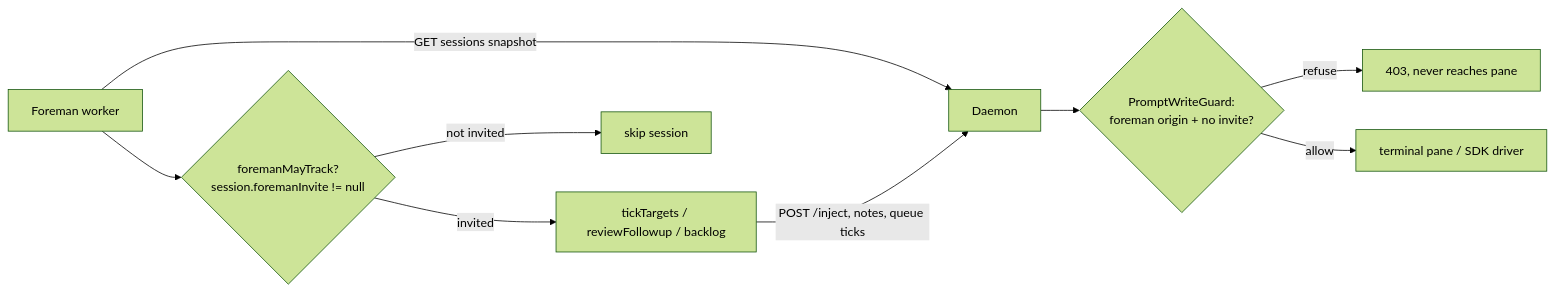
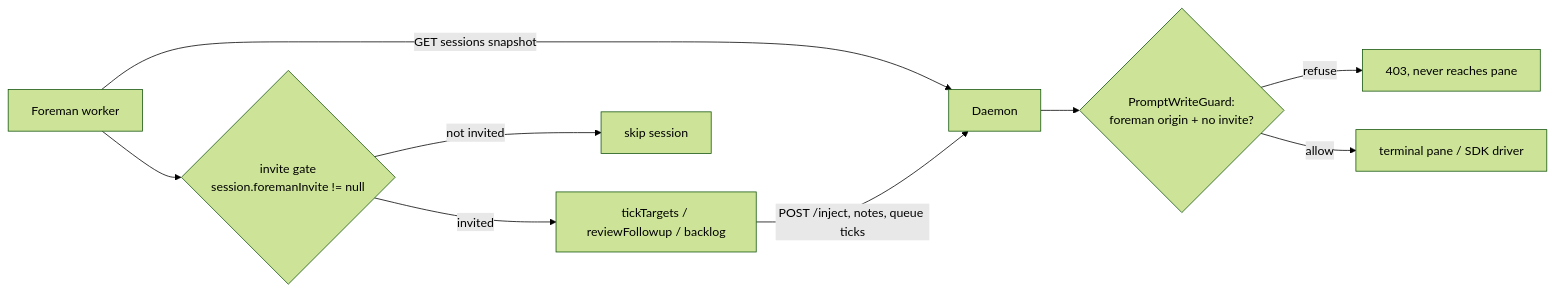
Before and after one commit to teamupstart/mission-control: the first of 2 diagrams in docs/plans/foreman-invite/plan.md, drawn with Mermaid (forest theme). The commit also changed other lines of this file and 1 other file, not shown here.

First line of the commit message:
docs: sync plan.html rail citation with plan.md and retire foremanMayTrack naming

````diff
--- a/docs/plans/foreman-invite/plan.md
+++ b/docs/plans/foreman-invite/plan.md
@@ -59,11 +59,11 @@
 ```mermaid
 flowchart LR
   W[Foreman worker] -->|GET sessions snapshot| D[Daemon]
-  W --> G{foremanMayTrack?\nsession.foremanInvite != null}
+  W --> G{invite gate\nsession.foremanInvite != null}
   G -->|invited| A[tickTargets / reviewFollowup / backlog]
   G -->|not invited| S[skip session]
   A -->|POST /inject, notes, queue ticks| D
   D --> P{PromptWriteGuard:\nforeman origin + no invite?}
   P -->|refuse| X[403, never reaches pane]
   P -->|allow| T[terminal pane / SDK driver]
 ```
````
